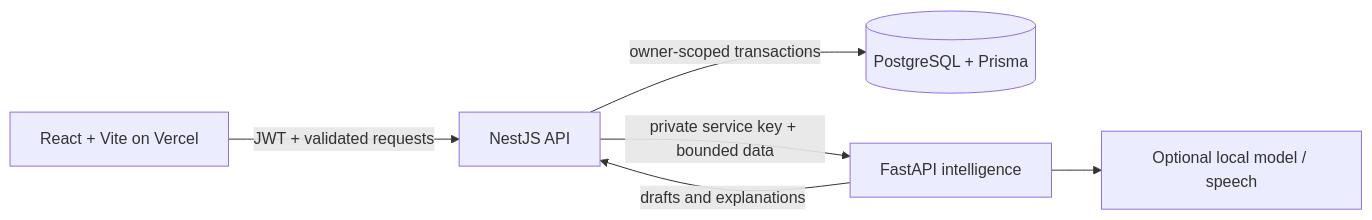
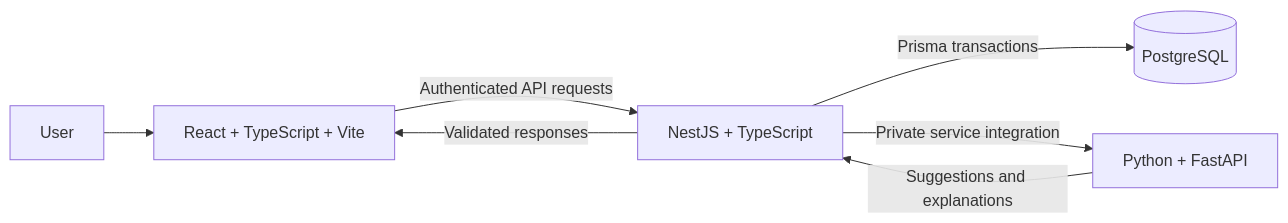
Before and after one commit to zahid397/Samtech-kanban-api: the diagram in README.md, drawn with Mermaid. The commit also changed other lines of this file, not shown here.

````diff
--- a/README.md
+++ b/README.md
@@ -25,8 +48,9 @@
-```mermaid
+~~~mermaid
 flowchart LR
-  Browser[React + Vite on Vercel] -->|JWT + validated requests| API[NestJS API]
-  API -->|owner-scoped transactions| DB[(PostgreSQL + Prisma)]
-  API -->|private service key + bounded data| Python[FastAPI intelligence]
-  Python --> Optional[Optional local model / speech]
-  Python -->|drafts and explanations| API
-```
+  U[User] --> FE[React + TypeScript + Vite]
+  FE -->|Authenticated API requests| BE[NestJS + TypeScript]
+  BE -->|Prisma transactions| DB[(PostgreSQL)]
+  BE -->|Private service integration| AI[Python + FastAPI]
+  AI -->|Suggestions and explanations| BE
+  BE -->|Validated responses| FE
+~~~
````
